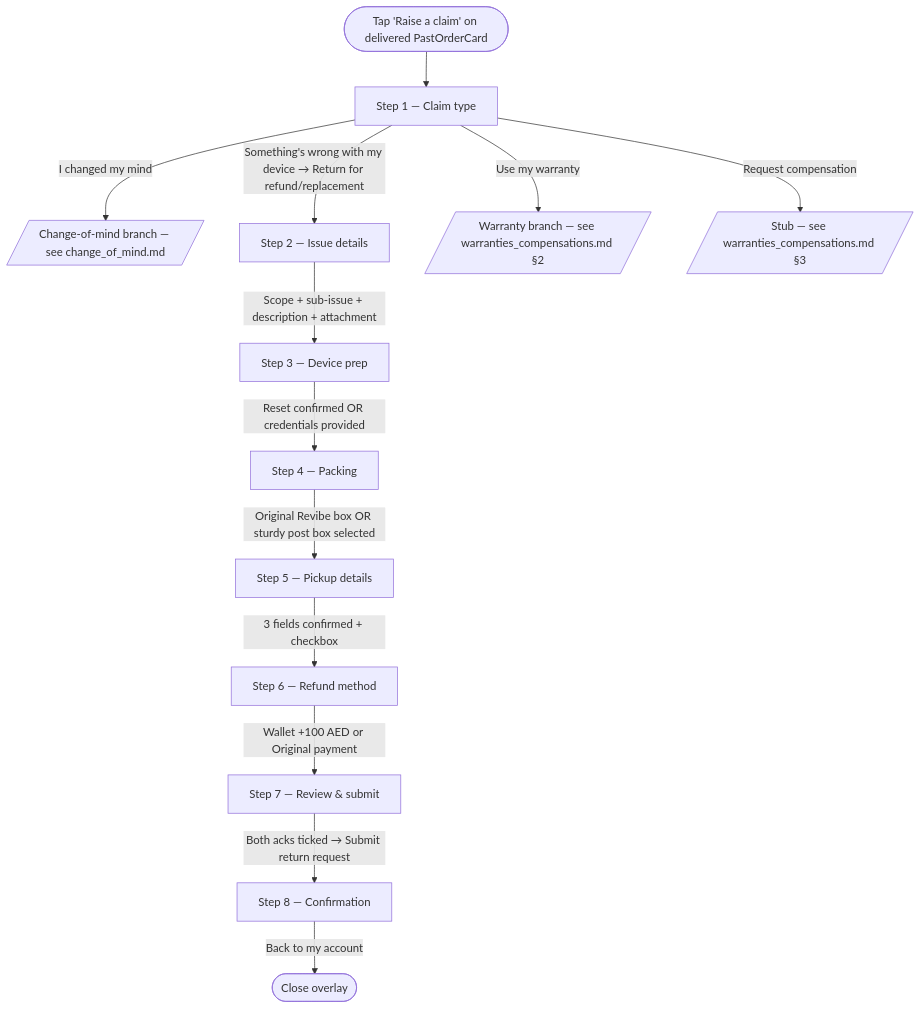
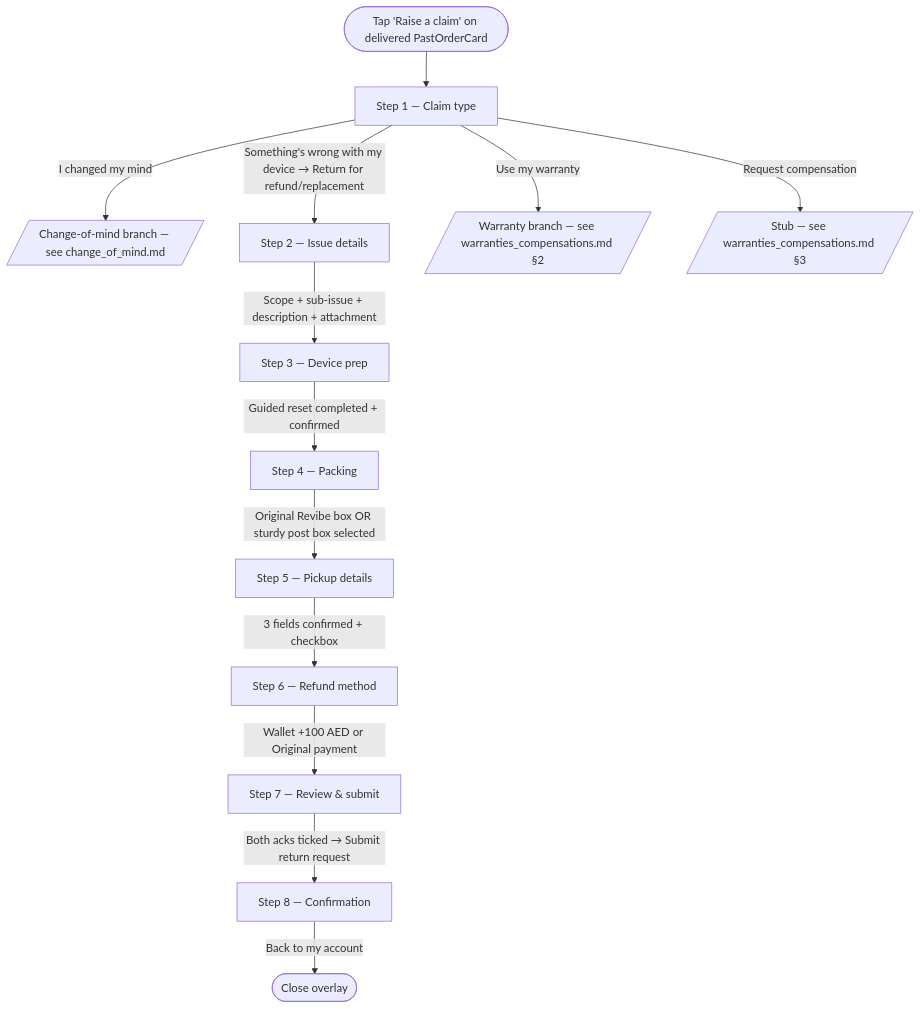
One commit to andrea-revibe/my-account-redesign-v2 changed the diagram in docs/output/returns/issue.md. Above: the diagram before and after it, drawn with Mermaid. The commit also changed other lines of this file and 5 other files, not shown here.

````diff
--- a/docs/output/returns/issue.md
+++ b/docs/output/returns/issue.md
@@ -25,15 +25,15 @@
 ```mermaid
 flowchart TD
   entry([Tap 'Raise a claim' on delivered PastOrderCard]) --> s1[Step 1 — Claim type]
   s1 -->|I changed my mind| com[/Change-of-mind branch — see change_of_mind.md/]
   s1 -->|Something's wrong with my device → Return for refund/replacement| s2[Step 2 — Issue details]
   s1 -->|Use my warranty| warranty[/Warranty branch — see warranties_compensations.md §2/]
   s1 -->|Request compensation| stub2[/Stub — see warranties_compensations.md §3/]
   s2 -->|Scope + sub-issue + description + attachment| s3[Step 3 — Device prep]
-  s3 -->|Reset confirmed OR credentials provided| s4[Step 4 — Packing]
+  s3 -->|Guided reset completed + confirmed| s4[Step 4 — Packing]
   s4 -->|Original Revibe box OR sturdy post box selected| s5[Step 5 — Pickup details]
   s5 -->|3 fields confirmed + checkbox| s6[Step 6 — Refund method]
   s6 -->|Wallet +100 AED or Original payment| s7[Step 7 — Review & submit]
   s7 -->|Both acks ticked → Submit return request| s8[Step 8 — Confirmation]
   s8 -->|Back to my account| close([Close overlay])
 ```
````
